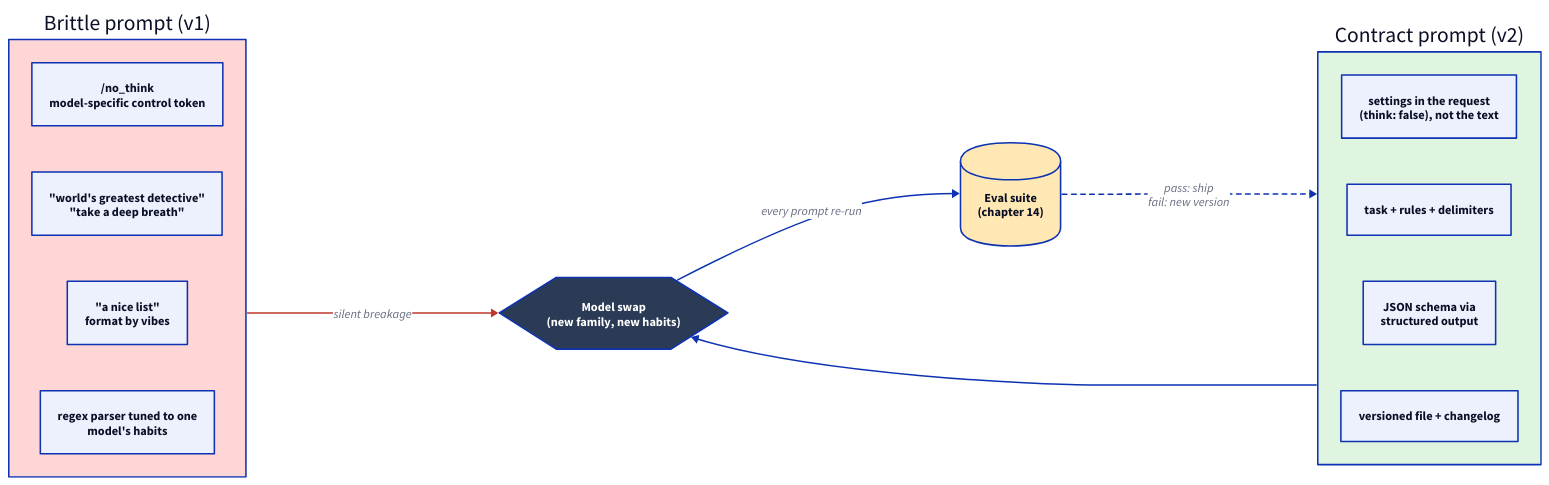
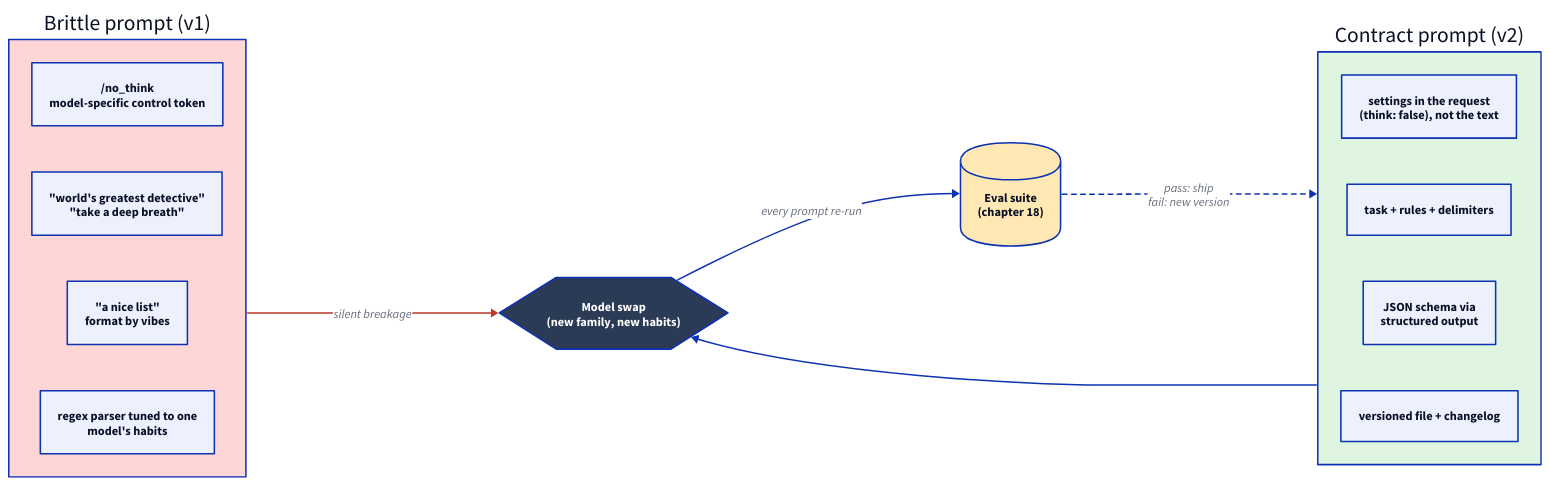
The diagram in docs/diagrams/13-future-proofing.d2 (AkellaRaviTeja/prompt-engineering-lab), drawn with D2 before and after one commit. The commit also changed 56 other files, not shown here.

First line of the commit message:
Fix the review defects in the client and eval suite, add the hosted tier and practice tooling

```diff
--- a/docs/diagrams/13-future-proofing.d2
+++ b/docs/diagrams/13-future-proofing.d2
@@ -1,21 +1,21 @@
 direction: right
 brittle: "Brittle prompt (v1)" {
   style.fill: "#ffd6d6"
   q1: "/no_think\nmodel-specific control token"
   q2: "\"world's greatest detective\"\n\"take a deep breath\""
   q3: "\"a nice list\"\nformat by vibes"
   q4: "regex parser tuned to one\nmodel's habits"
 }
 robust: "Contract prompt (v2)" {
   style.fill: "#dff5df"
   r1: "settings in the request\n(think: false), not the text"
   r2: "task + rules + delimiters"
   r3: "JSON schema via\nstructured output"
   r4: "versioned file + changelog"
 }
 swap: "Model swap\n(new family, new habits)" {shape: hexagon; style.fill: "#2b3a55"; style.font-color: "#ffffff"}
-eval: "Eval suite\n(chapter 14)" {shape: cylinder; style.fill: "#ffe8b3"}
+eval: "Eval suite\n(chapter 18)" {shape: cylinder; style.fill: "#ffe8b3"}
 brittle -> swap: "silent breakage" {style.stroke: "#c0392b"}
 robust -> swap
 swap -> eval: "every prompt re-run"
 eval -> robust: "pass: ship\nfail: new version" {style.stroke-dash: 3}
```
